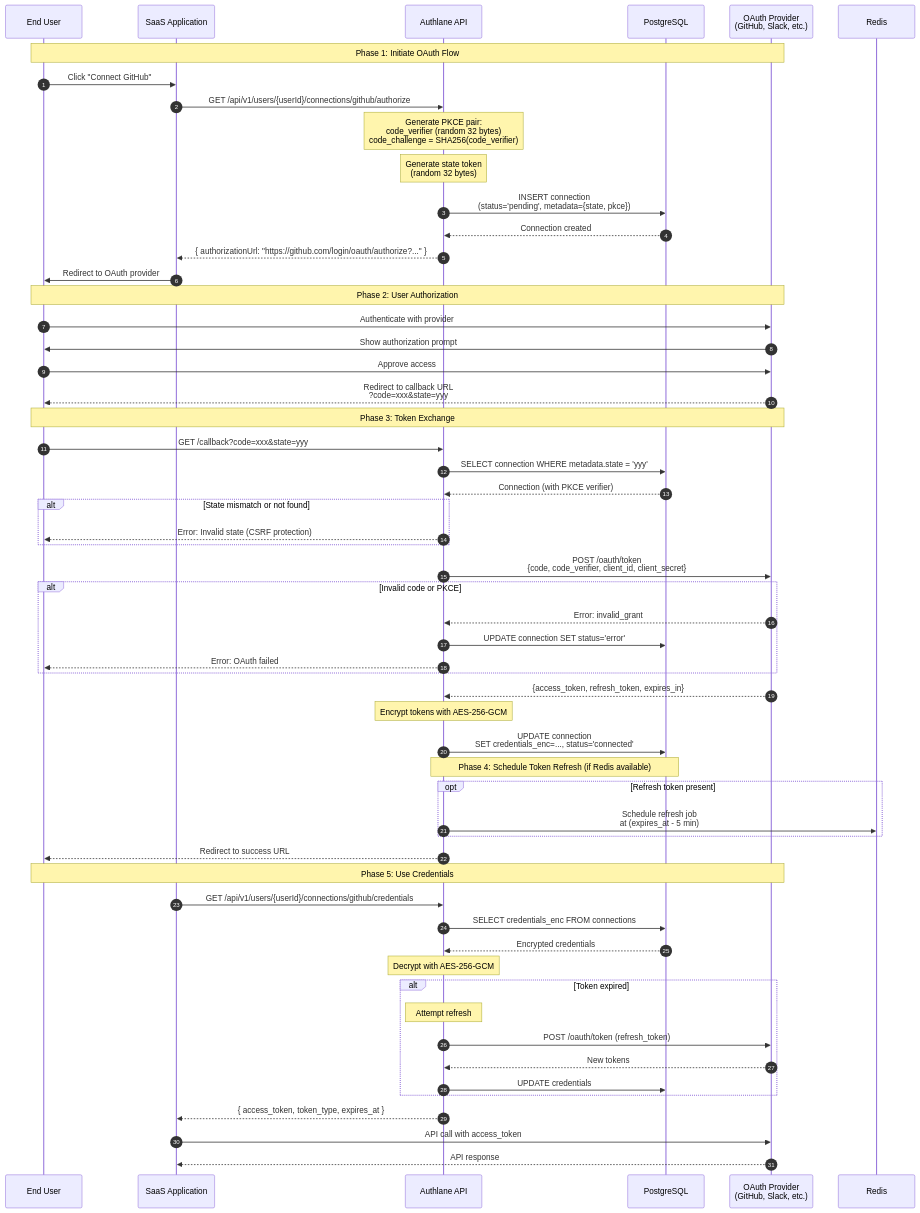
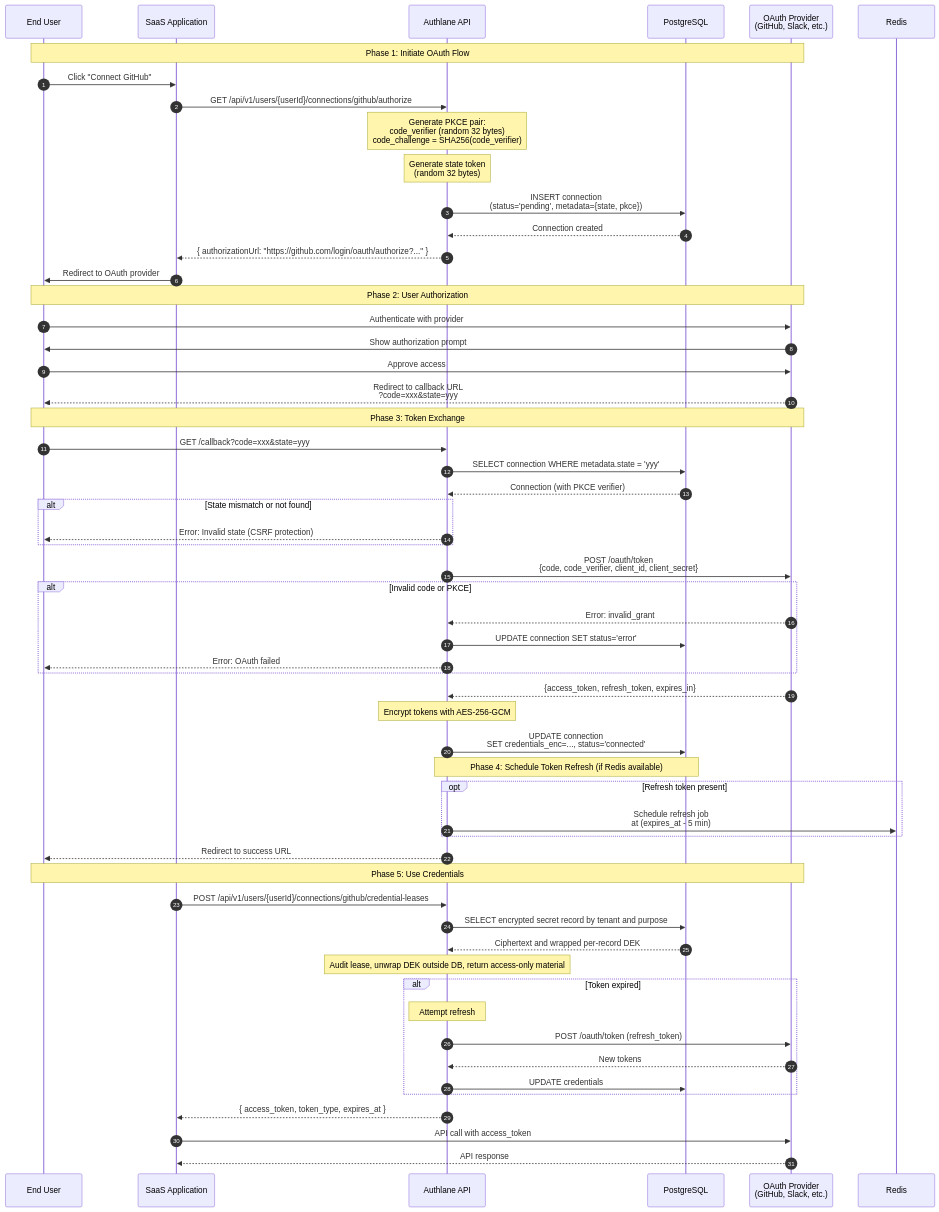
Before and after one commit to DXHeroes/authlane: the diagram in spec/01-architecture/diagrams/oauth-flow.mmd, drawn with Mermaid. The commit also changed 60 other files, not shown here.

```diff
--- a/spec/01-architecture/diagrams/oauth-flow.mmd
+++ b/spec/01-architecture/diagrams/oauth-flow.mmd
@@ -1,86 +1,86 @@
 %% Authlane OAuth 2.0 + PKCE Flow
 %% Render with: https://mermaid.live
 
 sequenceDiagram
     autonumber
 
     participant User as End User
     participant SaaS as SaaS Application
     participant Authlane as Authlane API
     participant DB as PostgreSQL
     participant OAuth as OAuth Provider<br/>(GitHub, Slack, etc.)
 
     Note over User,OAuth: Phase 1: Initiate OAuth Flow
 
     User->>SaaS: Click "Connect GitHub"
     SaaS->>Authlane: GET /api/v1/users/{userId}/connections/github/authorize
 
     Note over Authlane: Generate PKCE pair:<br/>code_verifier (random 32 bytes)<br/>code_challenge = SHA256(code_verifier)
 
     Note over Authlane: Generate state token<br/>(random 32 bytes)
 
     Authlane->>DB: INSERT connection<br/>(status='pending', metadata={state, pkce})
     DB-->>Authlane: Connection created
 
     Authlane-->>SaaS: { authorizationUrl: "https://github.com/login/oauth/authorize?..." }
     SaaS->>User: Redirect to OAuth provider
 
     Note over User,OAuth: Phase 2: User Authorization
 
     User->>OAuth: Authenticate with provider
     OAuth->>User: Show authorization prompt
     User->>OAuth: Approve access
     OAuth-->>User: Redirect to callback URL<br/>?code=xxx&state=yyy
 
     Note over User,OAuth: Phase 3: Token Exchange
 
     User->>Authlane: GET /callback?code=xxx&state=yyy
 
     Authlane->>DB: SELECT connection WHERE metadata.state = 'yyy'
     DB-->>Authlane: Connection (with PKCE verifier)
 
     alt State mismatch or not found
         Authlane-->>User: Error: Invalid state (CSRF protection)
     end
 
     Authlane->>OAuth: POST /oauth/token<br/>{code, code_verifier, client_id, client_secret}
 
     alt Invalid code or PKCE
         OAuth-->>Authlane: Error: invalid_grant
         Authlane->>DB: UPDATE connection SET status='error'
         Authlane-->>User: Error: OAuth failed
     end
 
     OAuth-->>Authlane: {access_token, refresh_token, expires_in}
 
     Note over Authlane: Encrypt tokens with AES-256-GCM
 
     Authlane->>DB: UPDATE connection<br/>SET credentials_enc=..., status='connected'
 
     Note over Authlane,DB: Phase 4: Schedule Token Refresh (if Redis available)
 
     opt Refresh token present
         Authlane->>Redis: Schedule refresh job<br/>at (expires_at - 5 min)
     end
 
     Authlane-->>User: Redirect to success URL
 
     Note over User,OAuth: Phase 5: Use Credentials
 
-    SaaS->>Authlane: GET /api/v1/users/{userId}/connections/github/credentials
+    SaaS->>Authlane: POST /api/v1/users/{userId}/connections/github/credential-leases
 
-    Authlane->>DB: SELECT credentials_enc FROM connections
-    DB-->>Authlane: Encrypted credentials
+    Authlane->>DB: SELECT encrypted secret record by tenant and purpose
+    DB-->>Authlane: Ciphertext and wrapped per-record DEK
 
-    Note over Authlane: Decrypt with AES-256-GCM
+    Note over Authlane: Audit lease, unwrap DEK outside DB, return access-only material
 
     alt Token expired
         Note over Authlane: Attempt refresh
         Authlane->>OAuth: POST /oauth/token (refresh_token)
         OAuth-->>Authlane: New tokens
         Authlane->>DB: UPDATE credentials
     end
 
     Authlane-->>SaaS: { access_token, token_type, expires_at }
     SaaS->>OAuth: API call with access_token
     OAuth-->>SaaS: API response
```
